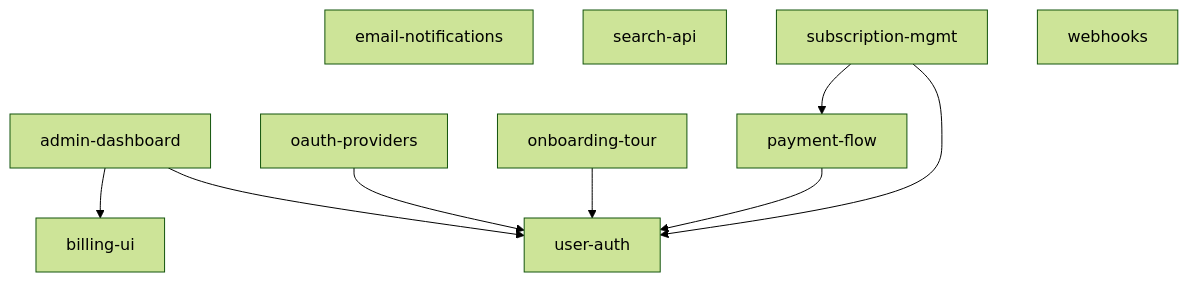
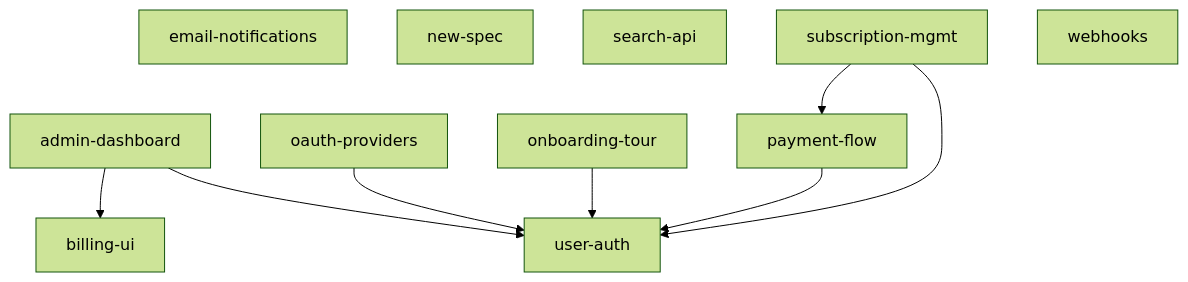
Before and after one commit to morrieinmaas/zettelgeist: the diagram in examples/demo/specs/INDEX.md, drawn with Mermaid (forest theme). The commit also changed other lines of this file and 1 other file, not shown here.

Commit message:
[zg] write: new-spec/requirements.md

````diff
--- a/examples/demo/specs/INDEX.md
+++ b/examples/demo/specs/INDEX.md
@@ -20,20 +21,21 @@
 ```mermaid
 graph TD
   admin-dashboard
   billing-ui
   email-notifications
+  new-spec
   oauth-providers
   onboarding-tour
   payment-flow
   search-api
   subscription-mgmt
   user-auth
   webhooks
   admin-dashboard --> billing-ui
   admin-dashboard --> user-auth
   oauth-providers --> user-auth
   onboarding-tour --> user-auth
   payment-flow --> user-auth
   subscription-mgmt --> payment-flow
   subscription-mgmt --> user-auth
 ```
````
